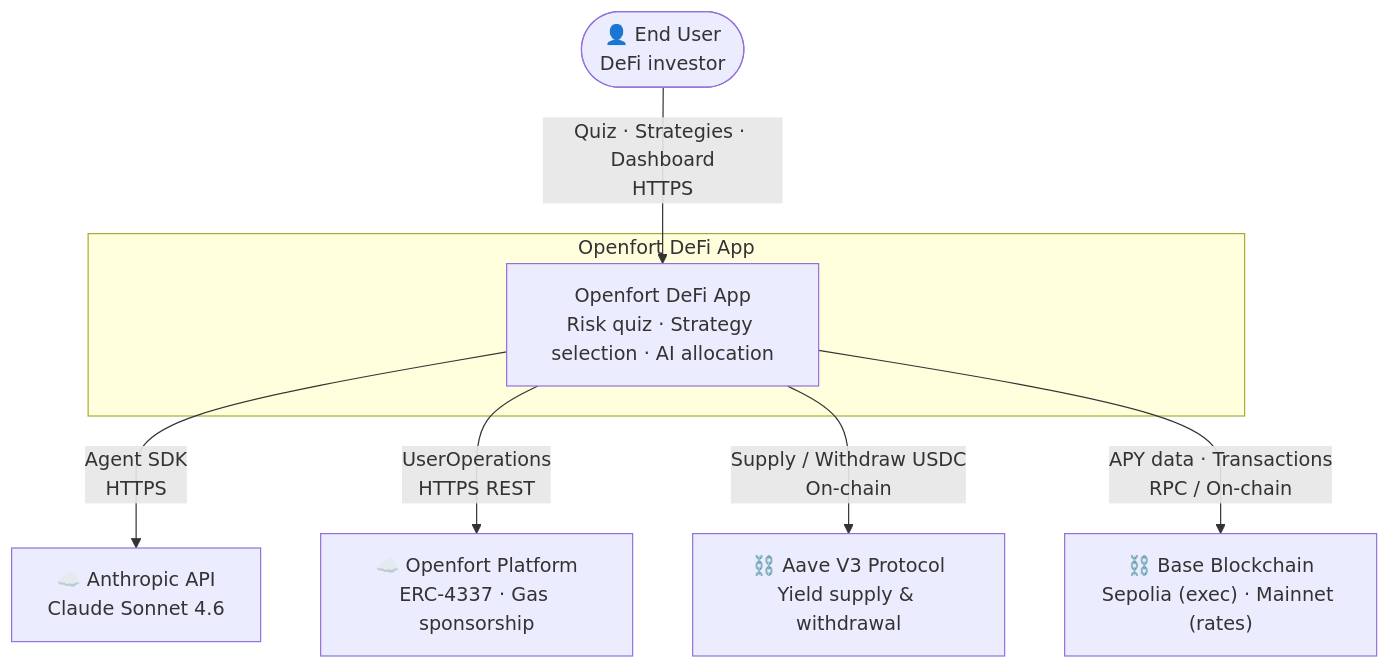
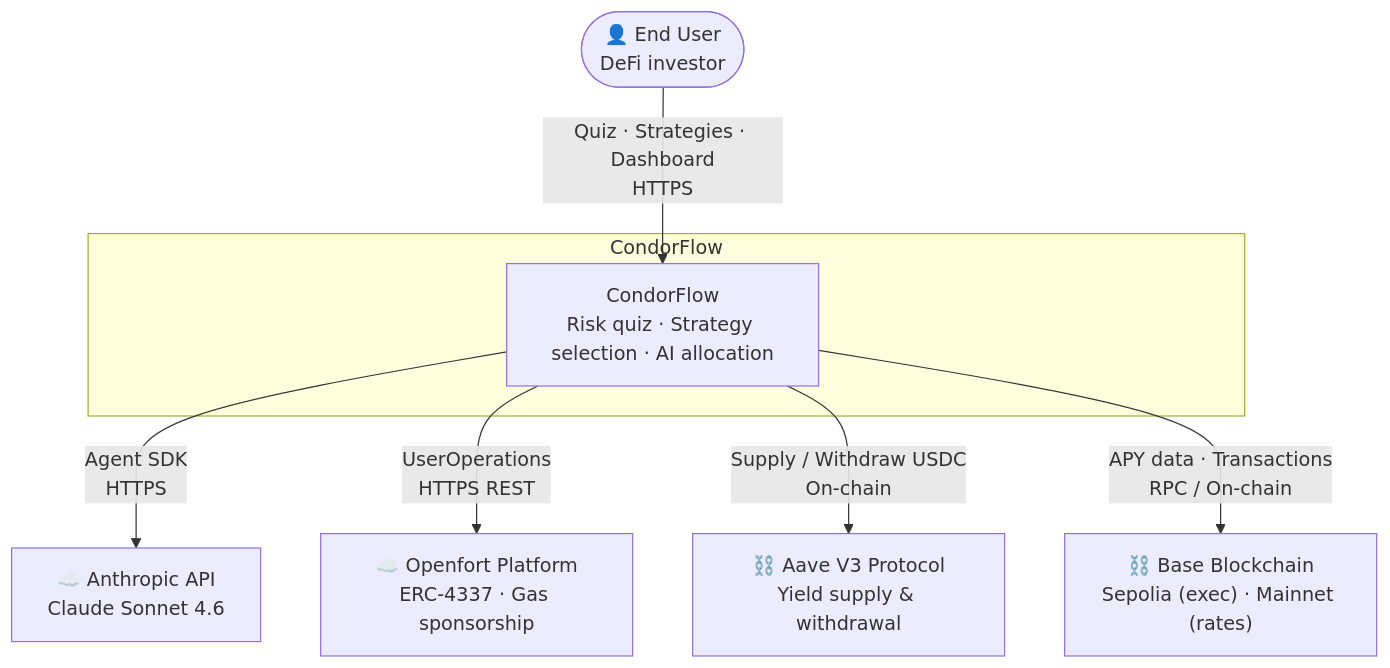
The first of 9 diagrams in docs/architecture.md (DMarchikhin/openfront-hackaton), drawn with Mermaid before and after one commit. The commit also changed other lines of this file and 4 other files, not shown here.

Commit message:
Update doc architecture create slides

````diff
--- a/docs/architecture.md
+++ b/docs/architecture.md
@@ -29,19 +36,19 @@
 ```mermaid
 flowchart TB
     User(["👤 End User\nDeFi investor"])
 
-    subgraph App["Openfort DeFi App"]
-        Core["Openfort DeFi App\nRisk quiz · Strategy selection · AI allocation"]
+    subgraph App["CondorFlow"]
+        Core["CondorFlow\nRisk quiz · Strategy selection · AI allocation"]
     end
 
     Anthropic["☁️ Anthropic API\nClaude Sonnet 4.6"]
     Openfort["☁️ Openfort Platform\nERC-4337 · Gas sponsorship"]
     Aave["⛓️ Aave V3 Protocol\nYield supply & withdrawal"]
     Base["⛓️ Base Blockchain\nSepolia (exec) · Mainnet (rates)"]
 
     User -- "Quiz · Strategies · Dashboard\nHTTPS" --> Core
     Core -- "Agent SDK\nHTTPS" --> Anthropic
     Core -- "UserOperations\nHTTPS REST" --> Openfort
     Core -- "Supply / Withdraw USDC\nOn-chain" --> Aave
     Core -- "APY data · Transactions\nRPC / On-chain" --> Base
 ```
````
